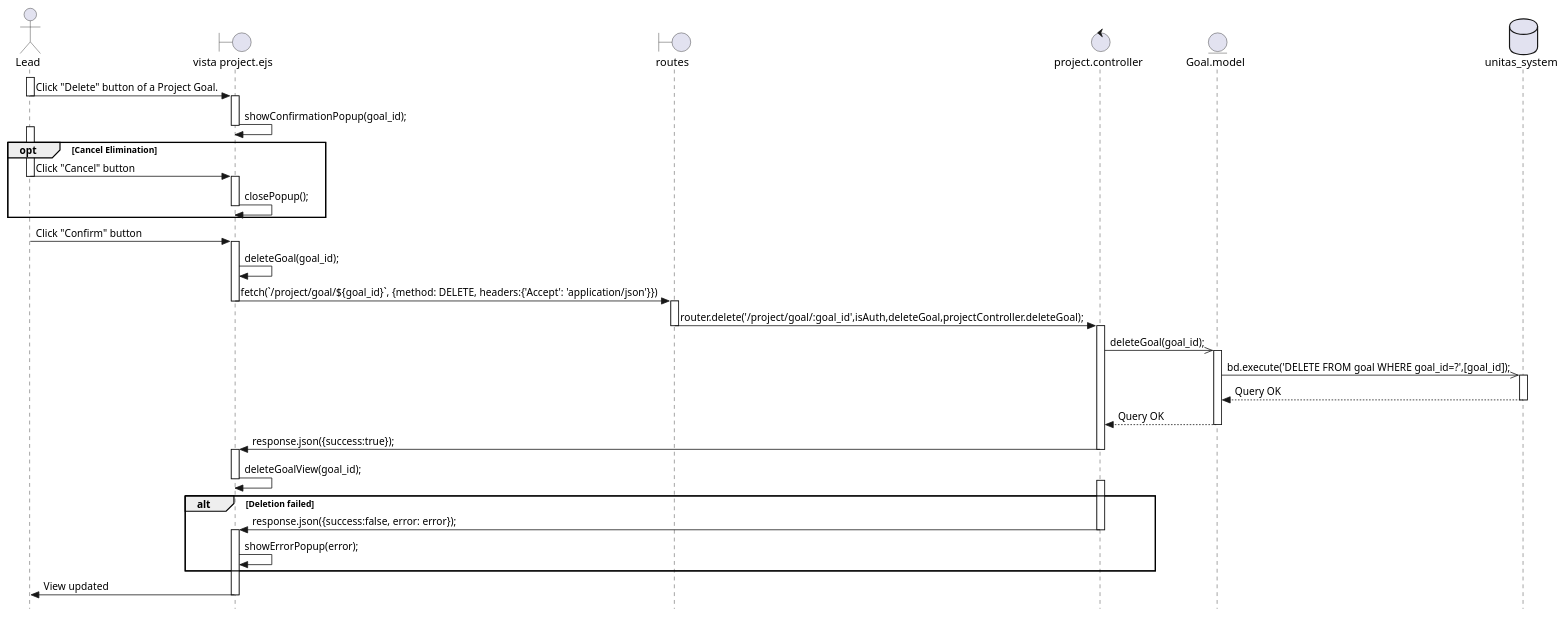
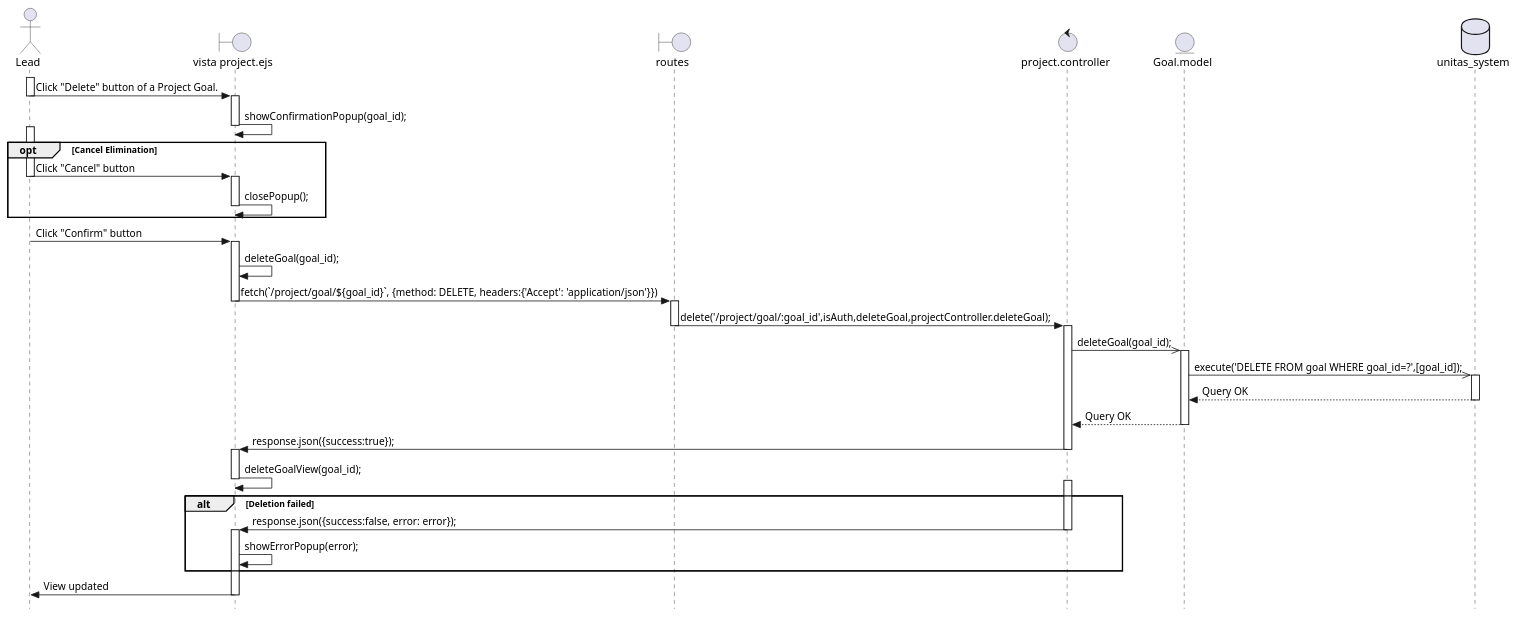
The diagram in documentation/sequence_diagrams/PROJ-11-SD.puml (Berthou05/LimboSoftwareDevelopment_Change.org), drawn with PlantUML before and after one commit. The commit also changed 1 other file, not shown here.

```diff
--- a/documentation/sequence_diagrams/PROJ-11-SD.puml
+++ b/documentation/sequence_diagrams/PROJ-11-SD.puml
@@ -1,67 +1,67 @@
 @startuml
 skinparam style strictuml
 
 actor Lead as L
 boundary "vista project.ejs" as V
 boundary "routes" as RO
 control "project.controller" as C
 entity "Goal.model" as G
 database "unitas_system" as BD
 
 activate L
 
 L -> V:Click "Delete" button of a Project Goal.
 deactivate L
     activate V
     V -> V: showConfirmationPopup(goal_id);
     deactivate V
 
 
 opt Cancel Elimination
 activate L
 L -> V: Click "Cancel" button
 deactivate L
     activate V
     V -> V: closePopup();
     deactivate V
 end
 
 activate L
 L -> V: Click "Confirm" button
 deactivate L
     activate V
     V -> V: deleteGoal(goal_id);
     V -> RO: fetch(`/project/goal/${goal_id}`, {method: DELETE, headers:{'Accept': 'application/json'}})
     deactivate V
         activate RO
-            RO -> C: router.delete('/project/goal/:goal_id',isAuth,deleteGoal,projectController.deleteGoal);
+            RO -> C: delete('/project/goal/:goal_id',isAuth,deleteGoal,projectController.deleteGoal);
         deactivate RO
             activate C
             C ->> G: deleteGoal(goal_id);
                 activate G
-                G->>BD: bd.execute('DELETE FROM goal WHERE goal_id=?',[goal_id]);
+                G->>BD: execute('DELETE FROM goal WHERE goal_id=?',[goal_id]);
                     activate BD
                     BD-->G: Query OK
                     deactivate BD
                 G-->C: Query OK
                 deactivate G
                 C->V: response.json({success:true});
             deactivate C
     activate V
     V->V: deleteGoalView(goal_id);
     deactivate V
 
     alt Deletion failed
             activate C
                 C->V: response.json({success:false, error: error});        
             deactivate C
     activate V
     V->V: showErrorPopup(error);
     end
     
     V->L: View updated
     deactivate V
 
 
 
 @enduml
```
